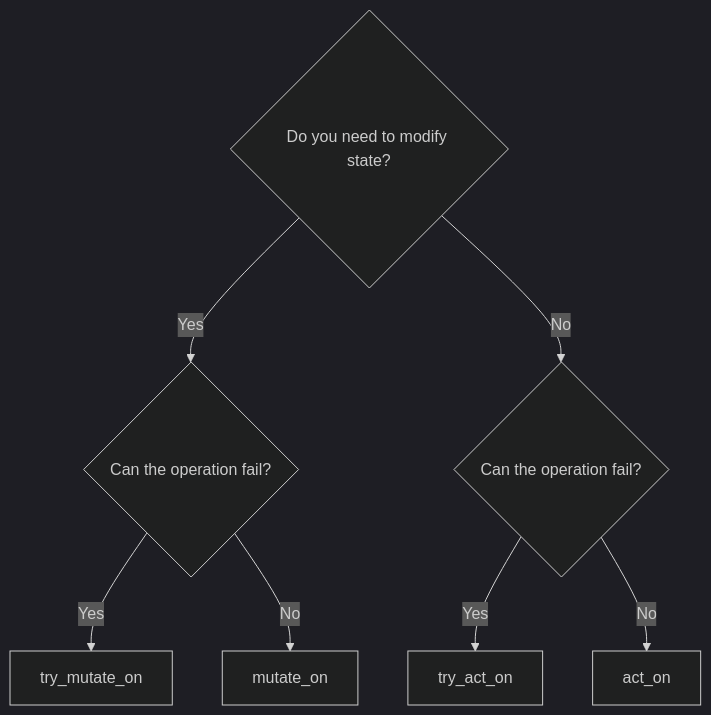
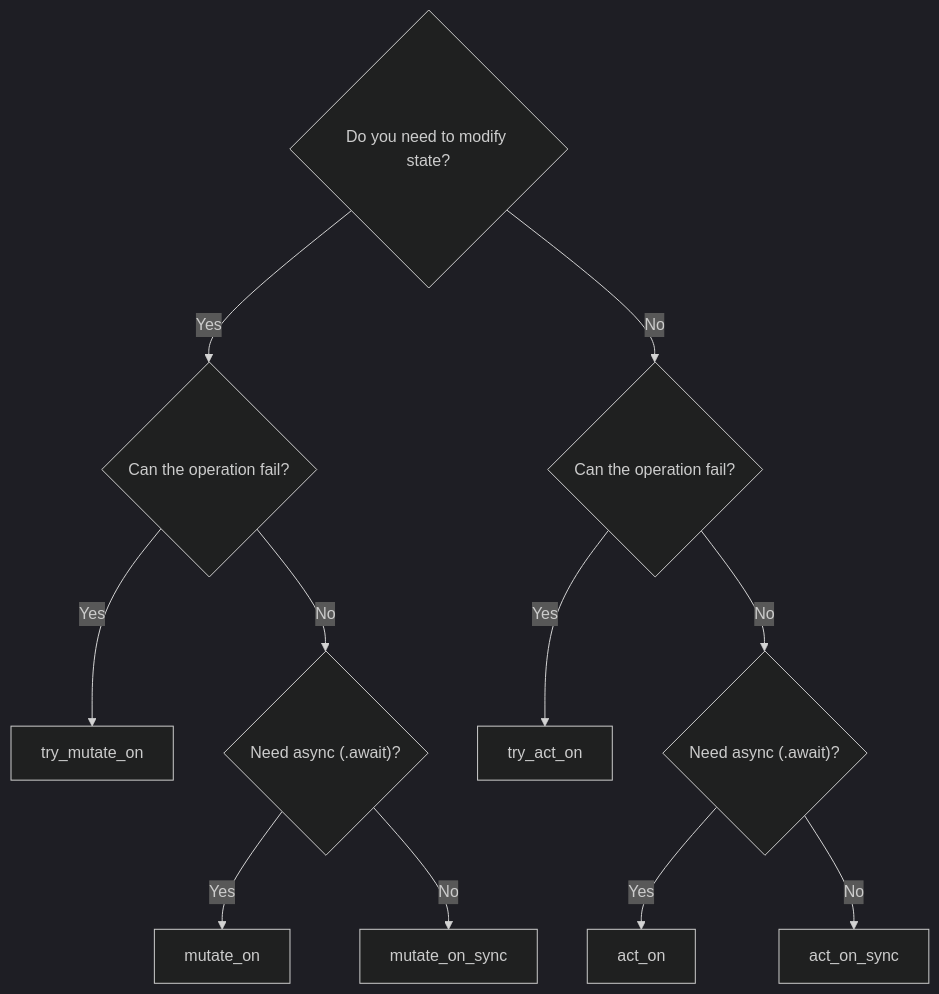
The third of 3 diagrams in acton-docs-site/src/app/docs/handler-types/page.md (Govcraft/acton-reactive), drawn with Mermaid (dark theme) before and after one commit. The commit also changed other lines of this file and 8 other files, not shown here.

````diff
--- a/acton-docs-site/src/app/docs/handler-types/page.md
+++ b/acton-docs-site/src/app/docs/handler-types/page.md
@@ -277,10 +325,14 @@
 ```mermaid
 flowchart TD
     Start{"Do you need to modify state?"}
     Start -->|Yes| ModYes{"Can the operation fail?"}
     Start -->|No| ModNo{"Can the operation fail?"}
     ModYes -->|Yes| TryMut["try_mutate_on"]
-    ModYes -->|No| Mut["mutate_on"]
+    ModYes -->|No| NeedAsync1{"Need async (.await)?"}
     ModNo -->|Yes| TryAct["try_act_on"]
-    ModNo -->|No| Act["act_on"]
+    ModNo -->|No| NeedAsync2{"Need async (.await)?"}
+    NeedAsync1 -->|Yes| Mut["mutate_on"]
+    NeedAsync1 -->|No| MutSync["mutate_on_sync"]
+    NeedAsync2 -->|Yes| Act["act_on"]
+    NeedAsync2 -->|No| ActSync["act_on_sync"]
 ```
````
